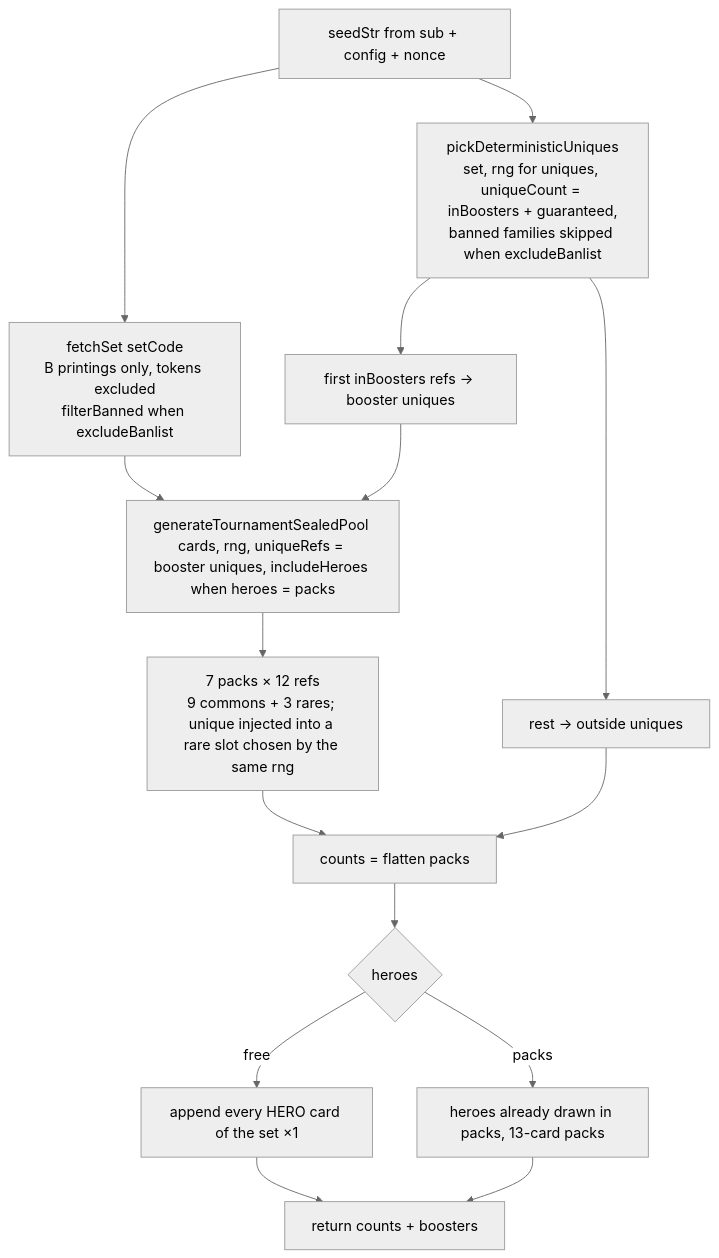
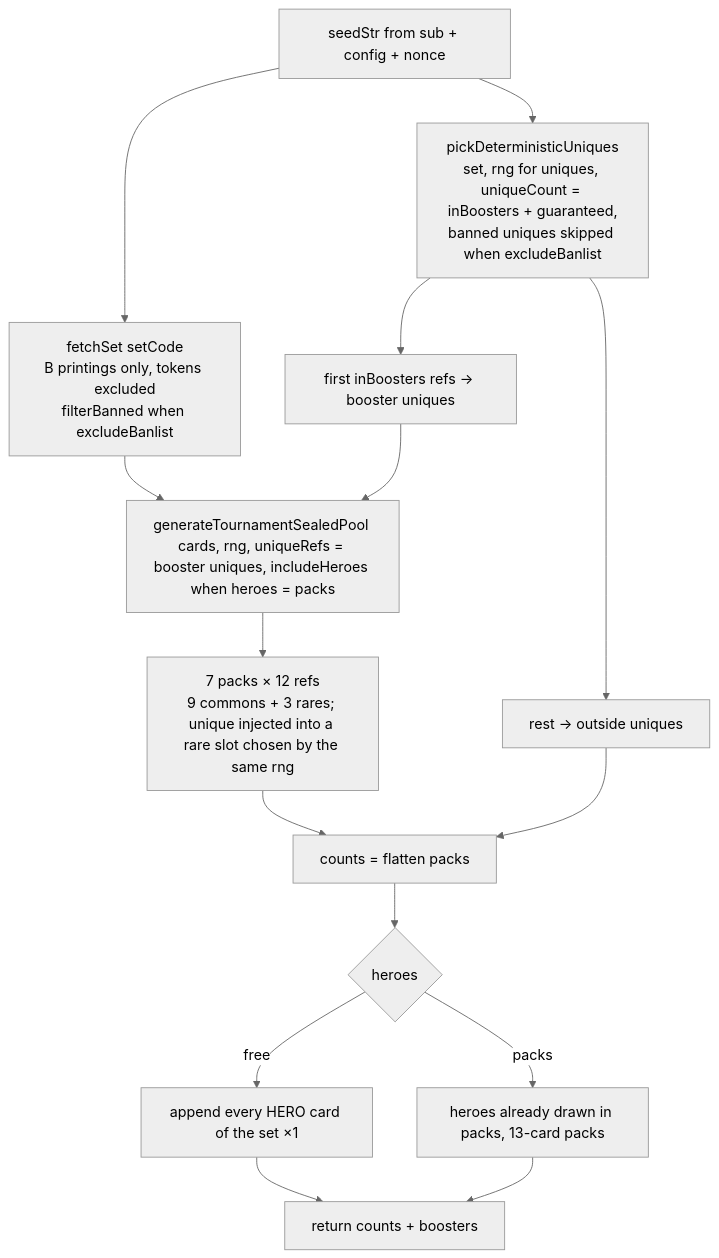
Before and after one commit to Altered-Re-Union/altered-draft: the fifth of 7 diagrams in docs/tournaments/README.md, drawn with Mermaid (neutral theme). The commit also changed other lines of this file and 8 other files, not shown here.

````diff
--- a/docs/tournaments/README.md
+++ b/docs/tournaments/README.md
@@ -417,17 +417,17 @@
 ```mermaid
 flowchart TD
-  A[seedStr from sub + config + nonce] --> U[pickDeterministicUniques<br/>set, rng for uniques, uniqueCount = inBoosters + guaranteed,<br/>banned families skipped when excludeBanlist]
+  A[seedStr from sub + config + nonce] --> U[pickDeterministicUniques<br/>set, rng for uniques, uniqueCount = inBoosters + guaranteed,<br/>banned uniques skipped when excludeBanlist]
   U --> U1[first inBoosters refs → booster uniques]
   U --> U2[rest → outside uniques]
   A --> S[fetchSet setCode<br/>B printings only, tokens excluded<br/>filterBanned when excludeBanlist]
   S --> G[generateTournamentSealedPool cards, rng, uniqueRefs = booster uniques, includeHeroes when heroes = packs]
   U1 --> G
   G --> P[7 packs × 12 refs<br/>9 commons + 3 rares; unique injected into a rare slot chosen by the same rng]
   P --> C[counts = flatten packs]
   U2 --> C
   C --> H{heroes}
   H -- free --> H1[append every HERO card of the set ×1]
   H -- packs --> H2[heroes already drawn in packs, 13-card packs]
   H1 --> R[return counts + boosters]
   H2 --> R
 ```
````
